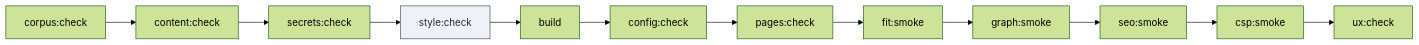
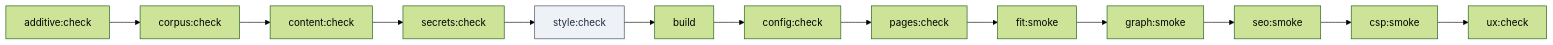
Before and after one commit to rolefinder/show-your-work: diagram 14 of 14 in ARCHITECTURE.md, drawn with Mermaid (forest theme). The commit also changed other lines of this file and 34 other files, not shown here.

````diff
--- a/ARCHITECTURE.md
+++ b/ARCHITECTURE.md
@@ -689,8 +691,8 @@
 ```mermaid
 flowchart LR
-    A["corpus:check"] --> B["content:check"] --> C["secrets:check"] --> D["style:check"] --> E["build"]
+    A0["additive:check"] --> A["corpus:check"] --> B["content:check"] --> C["secrets:check"] --> D["style:check"] --> E["build"]
     E --> F["config:check"] --> G["pages:check"] --> H["fit:smoke"] --> I["graph:smoke"]
     I --> J["seo:smoke"] --> K["csp:smoke"] --> L["ux:check"]
 
     style D fill:#eef2f7,stroke:#334155,color:#1e293b
 ```
````
